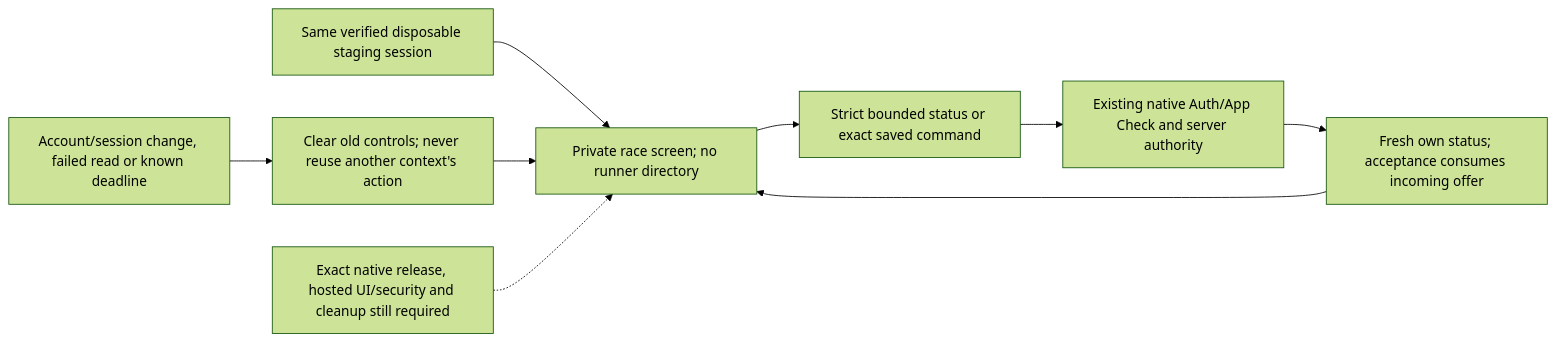
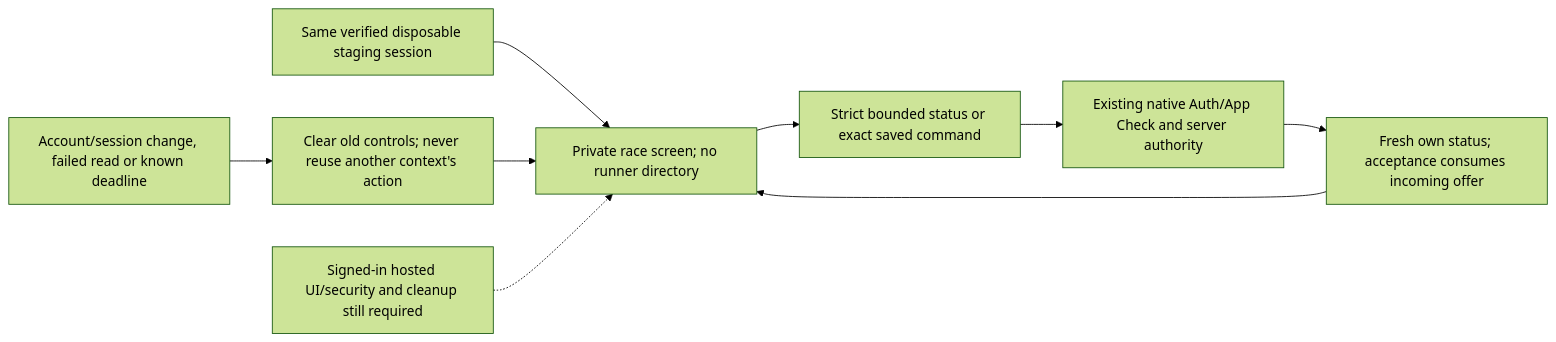
The first of 21 diagrams in docs/officers/SYSTEM_MAPS.md (Run-MPRC/Run-MPRC.github.io), drawn with Mermaid (forest theme) before and after one commit. The commit also changed other lines of this file and 10 other files, not shown here.

````diff
--- a/docs/officers/SYSTEM_MAPS.md
+++ b/docs/officers/SYSTEM_MAPS.md
@@ -7,11 +9,11 @@
 ```mermaid
 flowchart LR
     Account["Same verified disposable staging session"] --> Screen["Private race screen; no runner directory"]
     Screen --> Read["Strict bounded status or exact saved command"]
     Read --> Server["Existing native Auth/App Check and server authority"]
     Server --> Fresh["Fresh own status; acceptance consumes incoming offer"]
     Fresh --> Screen
     Change["Account/session change, failed read or known deadline"] --> Hide["Clear old controls; never reuse another context's action"]
     Hide --> Screen
-    Gate["Exact native release, hosted UI/security and cleanup still required"] -.-> Screen
+    Gate["Signed-in hosted UI/security and cleanup still required"] -.-> Screen
 ```
````
